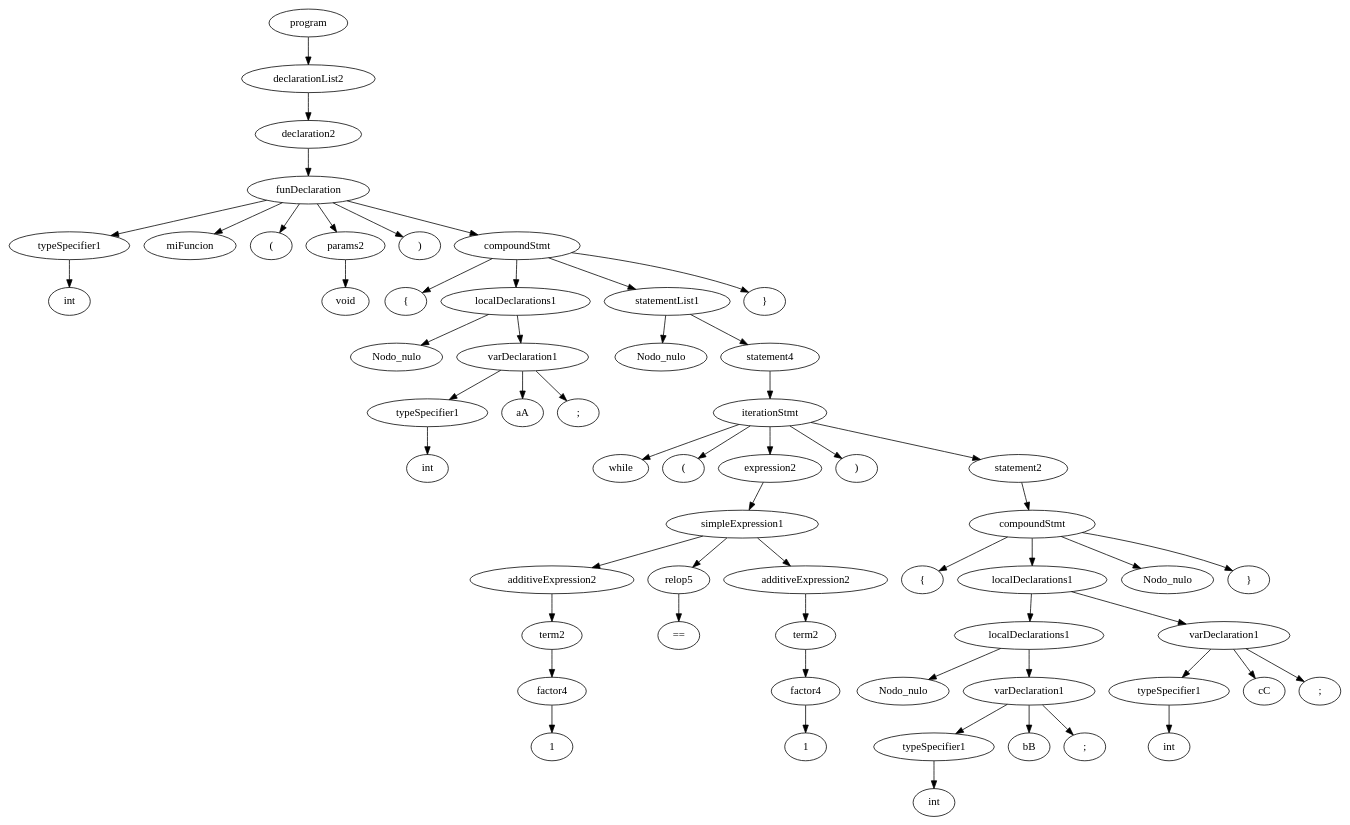
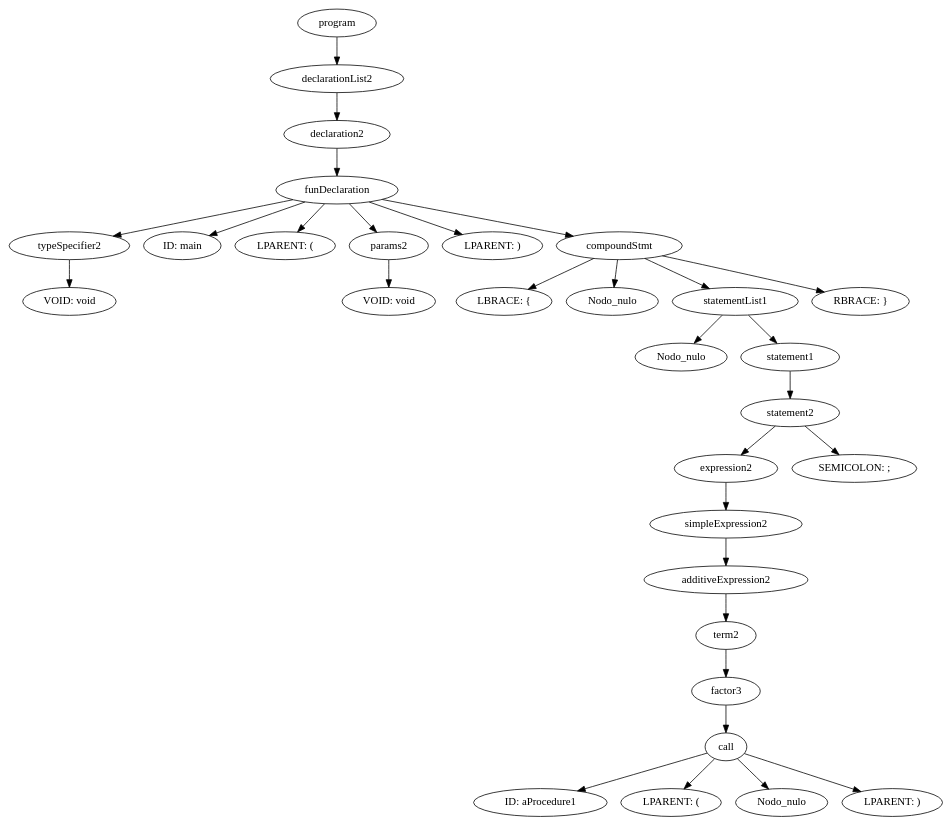
One commit to AndresAguilera/TallerCompiladores changed the diagram in graphviztree.dot. Above: the diagram before and after it, drawn with Graphviz. The commit also changed 12 other files, not shown here.

```diff
--- a/graphviztree.dot
+++ b/graphviztree.dot
@@ -1,117 +1,61 @@
 digraph G {
-	6[label= "int"]
-	5[label = typeSpecifier1]
+	6[label= "VOID: void"]
+	5[label = typeSpecifier2]
 	5->6
-	7[label= "miFuncion"]
-	8[label= "("]
-	10[label= "void"]
+	7[label=  "ID: main"]
+	8[label= "LPARENT: ("]
+	10[label= "VOID: void"]
 	9[label = params2]
 	9->10
-	11[label= ")"]
-	13[label= "{"]
-	15[label= Nodo_nulo]
-	18[label= "int"]
-	17[label = typeSpecifier1]
-	17->18
-	19[label= "aA"]
-	20[label= ";"]
-	16[label = varDeclaration1]
-	16->17
-	16->19
-	16->20
-	14[label = localDeclarations1]
-	14->15
-	14->16
-	22[label= Nodo_nulo]
-	25[label= "while"]
-	26[label= "("]
-	32[label= "1"]
-	31[label = factor4]
-	31->32
-	30[label = term2]
-	30->31
-	29[label = additiveExpression2]
-	29->30
-	34[label= "=="]
-	33[label = relop5]
-	33->34
-	38[label= "1"]
-	37[label = factor4]
-	37->38
-	36[label = term2]
-	36->37
-	35[label = additiveExpression2]
-	35->36
-	28[label = simpleExpression1]
-	28->29
-	28->33
-	28->35
-	27[label = expression2]
-	27->28
-	39[label= ")"]
-	42[label= "{"]
-	45[label= Nodo_nulo]
-	48[label= "int"]
-	47[label = typeSpecifier1]
-	47->48
-	49[label= "bB"]
-	50[label= ";"]
-	46[label = varDeclaration1]
-	46->47
-	46->49
-	46->50
-	44[label = localDeclarations1]
-	44->45
-	44->46
-	53[label= "int"]
-	52[label = typeSpecifier1]
-	52->53
-	54[label= "cC"]
-	55[label= ";"]
-	51[label = varDeclaration1]
-	51->52
-	51->54
-	51->55
-	43[label = localDeclarations1]
-	43->44
-	43->51
-	56[label= Nodo_nulo]
-	57[label= "}"]
-	41[label = compoundStmt]
-	41->42
-	41->43
-	41->56
-	41->57
-	40[label = statement2]
-	40->41
-	24[label = iterationStmt]
+	11[label= "LPARENT: )"]
+	13[label= "LBRACE: {"]
+	14[label= Nodo_nulo]
+	16[label= Nodo_nulo]
+	25[label=  "ID: aProcedure1"]
+	26[label= "LPARENT: ("]
+	27[label= Nodo_nulo]
+	28[label= "LPARENT: )"]
+	24[label = call]
 	24->25
 	24->26
 	24->27
-	24->39
-	24->40
-	23[label = statement4]
+	24->28
+	23[label = factor3]
 	23->24
-	21[label = statementList1]
+	22[label = term2]
+	22->23
+	21[label = additiveExpression2]
 	21->22
-	21->23
-	58[label= "}"]
+	20[label = simpleExpression2]
+	20->21
+	19[label = expression2]
+	19->20
+	29[label= "SEMICOLON: ;"]
+	18[label = statement2]
+	18->19
+	18->29
+	17[label = statement1]
+	17->18
+	15[label = statementList1]
+	15->16
+	15->17
+	30[label= "RBRACE: }"]
 	12[label = compoundStmt]
 	12->13
 	12->14
-	12->21
-	12->58
+	12->15
+	12->30
 	4[label = funDeclaration]
 	4->5
 	4->7
 	4->8
 	4->9
 	4->11
 	4->12
 	3[label = declaration2]
 	3->4
 	2[label = declarationList2]
 	2->3
 	1[label = program]
 	1->2
 	}
```
